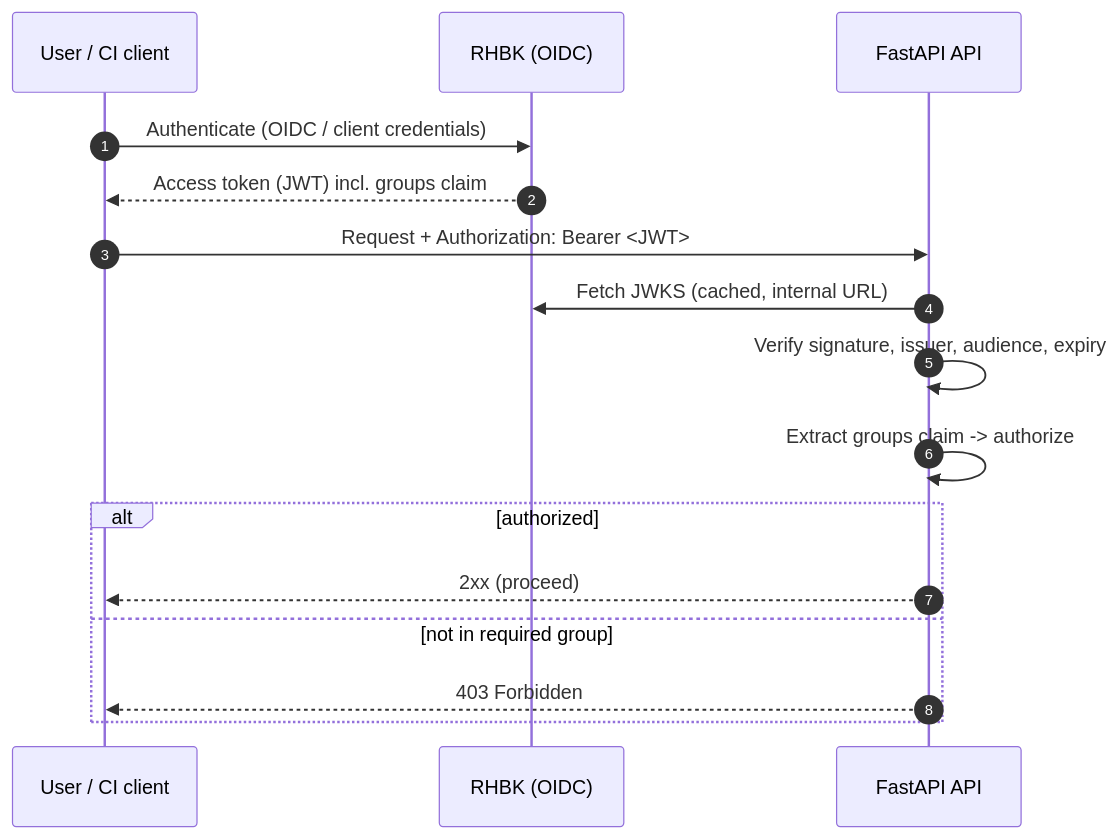
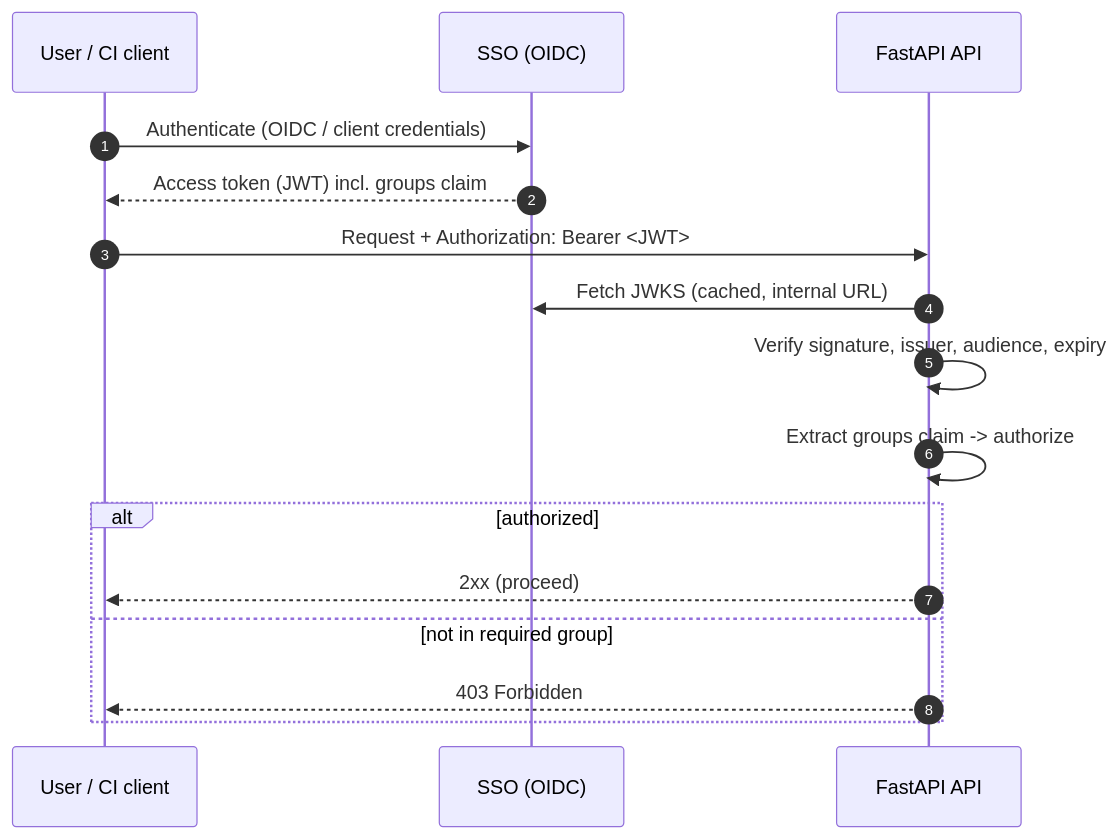
The fifth of 7 diagrams in docs/ARCHITECTURE.md (black-cloudlet/serverless), drawn with Mermaid before and after one commit. The commit also changed other lines of this file and 70 other files, not shown here.

````diff
--- a/docs/ARCHITECTURE.md
+++ b/docs/ARCHITECTURE.md
@@ -414,19 +439,19 @@
 ```mermaid
 sequenceDiagram
     autonumber
     participant U as User / CI client
-    participant KC as RHBK (OIDC)
+    participant KC as SSO (OIDC)
     participant API as FastAPI API
 
     U->>KC: Authenticate (OIDC / client credentials)
     KC-->>U: Access token (JWT) incl. groups claim
     U->>API: Request + Authorization: Bearer <JWT>
     API->>KC: Fetch JWKS (cached, internal URL)
     API->>API: Verify signature, issuer, audience, expiry
     API->>API: Extract groups claim -> authorize
     alt authorized
         API-->>U: 2xx (proceed)
     else not in required group
         API-->>U: 403 Forbidden
     end
 ```
````
